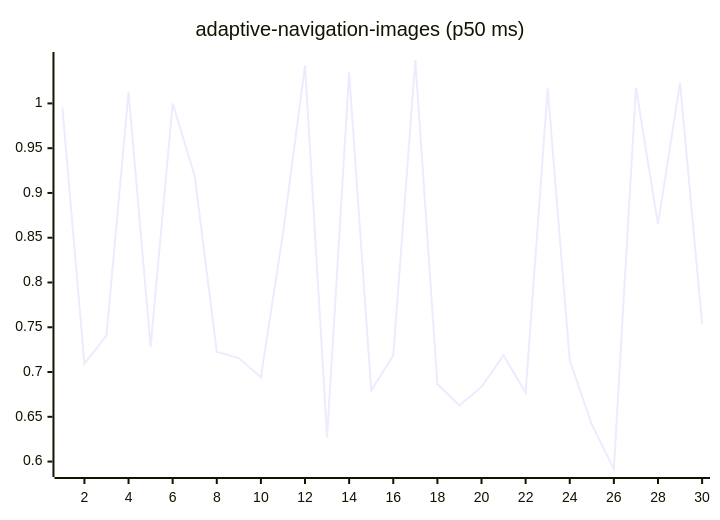
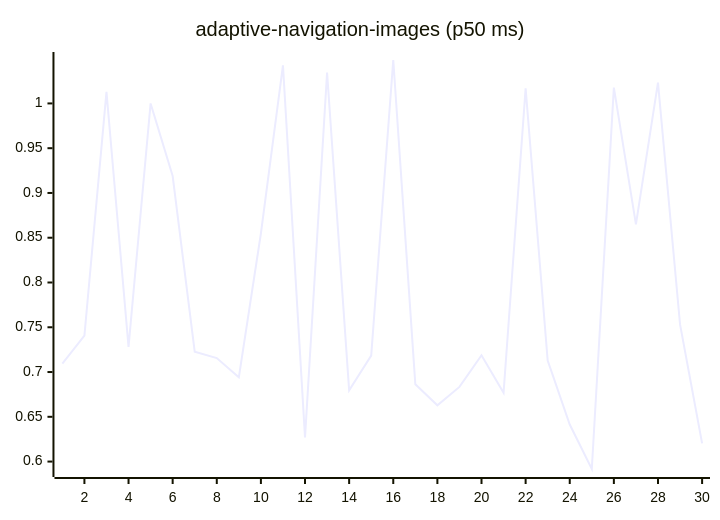
Before and after one commit to josha/Facet: the first of 27 diagrams in README.md, drawn with Mermaid. The commit also changed other lines of this file and 2 other files, not shown here.

````diff
--- a/README.md
+++ b/README.md
@@ -63,6 +63,6 @@
 ```mermaid
 xychart-beta
     title "adaptive-navigation-images (p50 ms)"
     x-axis 1 --> 30
-    line [0.9956, 0.7094, 0.7407, 1.0129, 0.7280, 1.0000, 0.9189, 0.7227, 0.7156, 0.6941, 0.8547, 1.0425, 0.6269, 1.0344, 0.6795, 0.7184, 1.0485, 0.6864, 0.6628, 0.6834, 0.7187, 0.6768, 1.0168, 0.7129, 0.6414, 0.5917, 1.0177, 0.8650, 1.0232, 0.7532]
+    line [0.7094, 0.7407, 1.0129, 0.7280, 1.0000, 0.9189, 0.7227, 0.7156, 0.6941, 0.8547, 1.0425, 0.6269, 1.0344, 0.6795, 0.7184, 1.0485, 0.6864, 0.6628, 0.6834, 0.7187, 0.6768, 1.0168, 0.7129, 0.6414, 0.5917, 1.0177, 0.8650, 1.0232, 0.7532, 0.6203]
 ```
````
